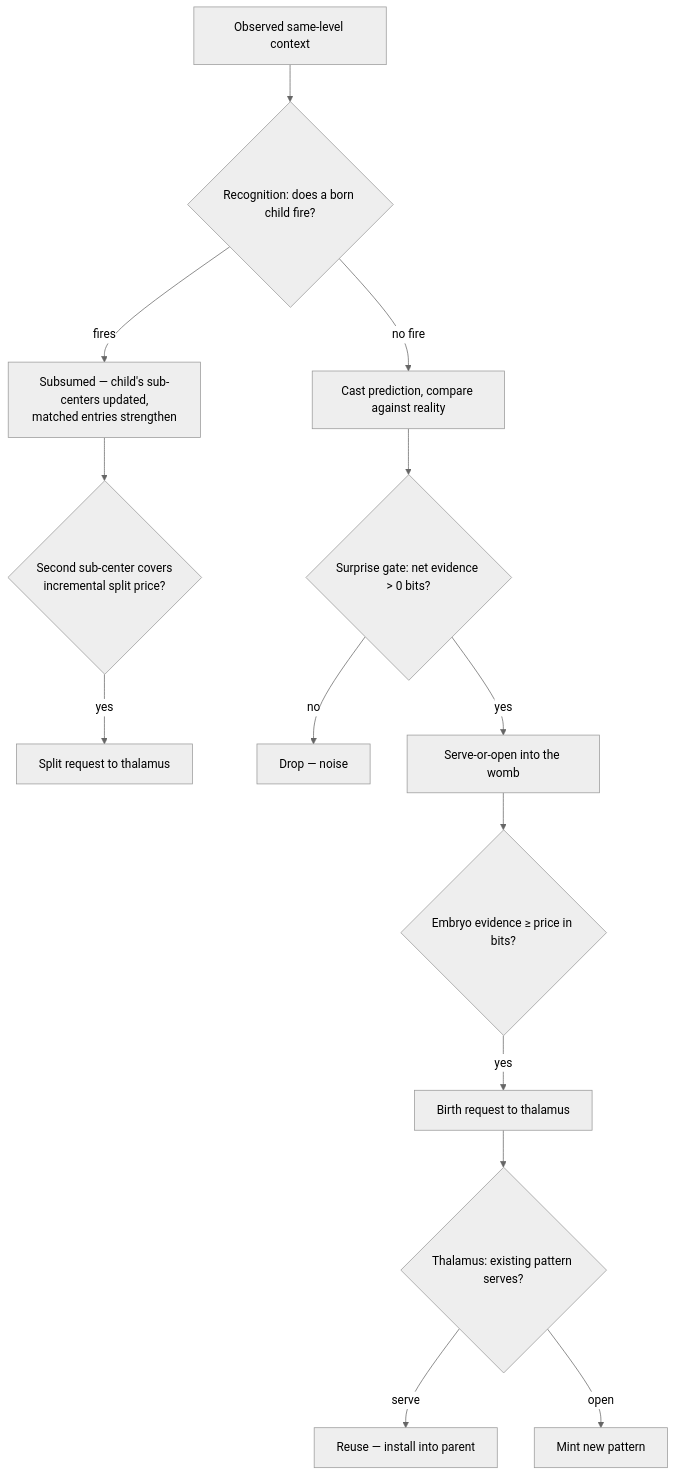
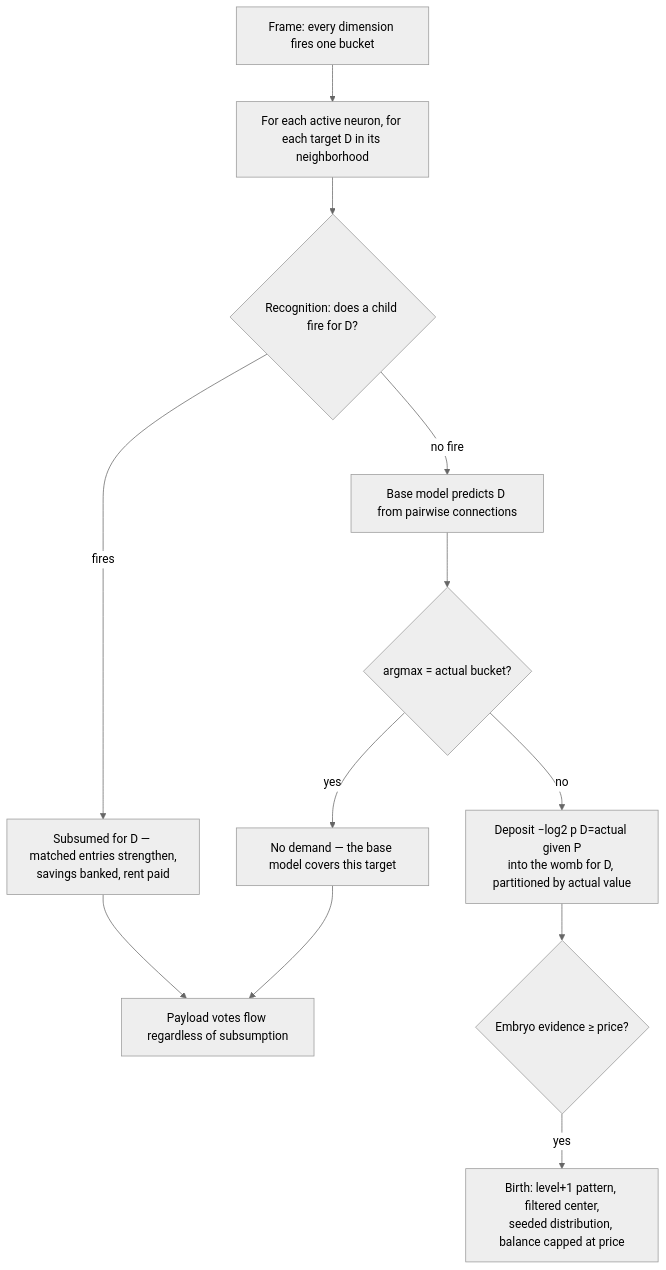
The diagram in docs/algorithm.md (cucar/robot_brain), drawn with Mermaid (neutral theme) before and after one commit. The commit also changed other lines of this file and 1 other file, not shown here.

First line of the commit message:
UCAR: channel patterns — one target, many context

````diff
--- a/docs/algorithm.md
+++ b/docs/algorithm.md
@@ -498,16 +487,14 @@
 ```mermaid
 flowchart TD
-    A[Observed same-level context] --> B{Recognition: does a born child fire?}
-    B -->|fires| C[Subsumed — child's sub-centers updated,<br/>matched entries strengthen]
-    C --> D{Second sub-center covers<br/>incremental split price?}
-    D -->|yes| E[Split request to thalamus]
-    B -->|no fire| F[Cast prediction, compare against reality]
-    F --> G{Surprise gate: net evidence > 0 bits?}
-    G -->|no| H[Drop — noise]
-    G -->|yes| I[Serve-or-open into the womb]
-    I --> J{Embryo evidence ≥ price in bits?}
-    J -->|yes| K[Birth request to thalamus]
-    K --> L{Thalamus: existing pattern serves?}
-    L -->|serve| M[Reuse — install into parent]
-    L -->|open| N[Mint new pattern]
+    A[Frame: every dimension fires one bucket] --> B[For each active neuron, for each target D in its neighborhood]
+    B --> C{Recognition: does a child fire for D?}
+    C -->|fires| D[Subsumed for D — matched entries strengthen,<br/>savings banked, rent paid]
+    C -->|no fire| E[Base model predicts D from pairwise connections]
+    E --> F{argmax = actual bucket?}
+    F -->|yes| G[No demand — the base model covers this target]
+    F -->|no| H[Deposit −log2 p D=actual given P<br/>into the womb for D, partitioned by actual value]
+    H --> I{Embryo evidence ≥ price?}
+    I -->|yes| J[Birth: level+1 pattern, filtered center,<br/>seeded distribution, balance capped at price]
+    D --> K[Payload votes flow regardless of subsumption]
+    G --> K
 ```
````
